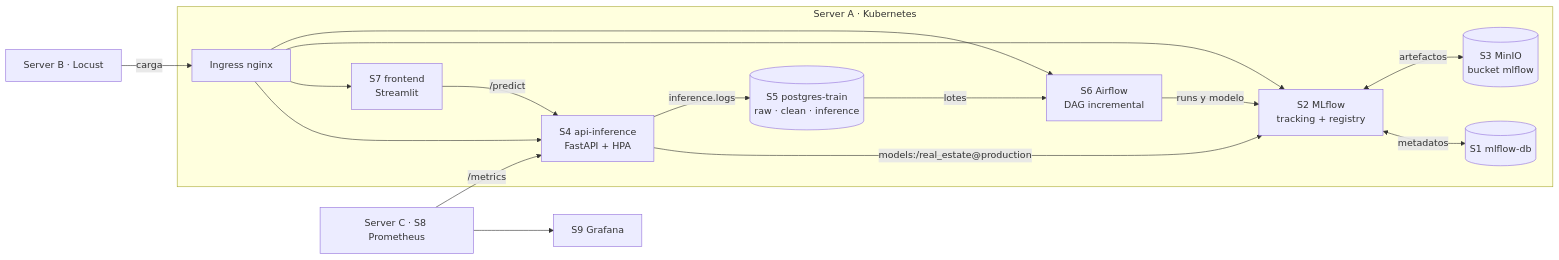
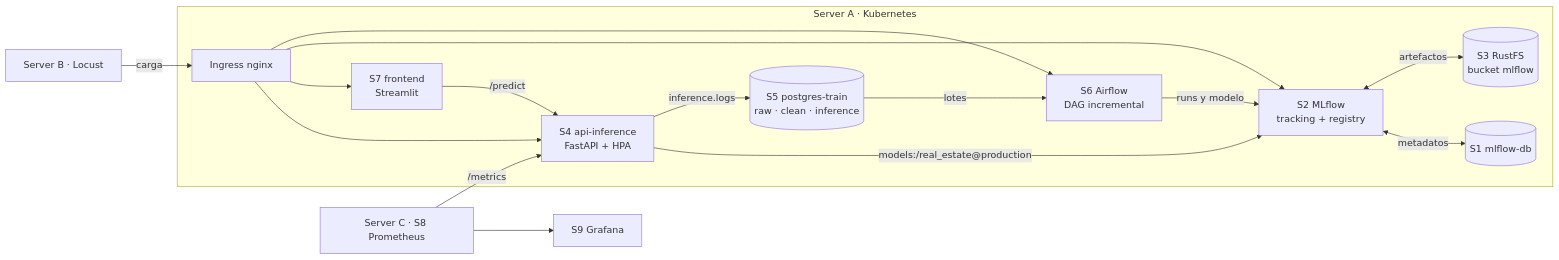
The first of 3 diagrams in README.md (aristotekean/mlops-real-state-pricing), drawn with Mermaid before and after one commit. The commit also changed other lines of this file and 18 other files, not shown here.

First line of the commit message:
feat: replace MinIO with RustFS as the MLflow artifact store

````diff
--- a/README.md
+++ b/README.md
@@ -56,16 +56,16 @@
 ```mermaid
 flowchart LR
     subgraph A["Server A · Kubernetes"]
         s5[("S5 postgres-train<br/>raw · clean · inference")] -->|lotes| s6["S6 Airflow<br/>DAG incremental"]
         s6 -->|runs y modelo| s2["S2 MLflow<br/>tracking + registry"]
         s2 <-->|metadatos| s1[("S1 mlflow-db")]
-        s2 <-->|artefactos| s3[("S3 MinIO<br/>bucket mlflow")]
+        s2 <-->|artefactos| s3[("S3 RustFS<br/>bucket mlflow")]
         s4["S4 api-inference<br/>FastAPI + HPA"] -->|"models:/real_estate@production"| s2
         s4 -->|inference.logs| s5
         s7["S7 frontend<br/>Streamlit"] -->|/predict| s4
         ing["Ingress nginx"] --> s4 & s7 & s2 & s6
     end
     b["Server B · Locust"] -->|carga| ing
     s8["Server C · S8 Prometheus"] -->|/metrics| s4
     s8 --> s9["S9 Grafana"]
 ```
````
